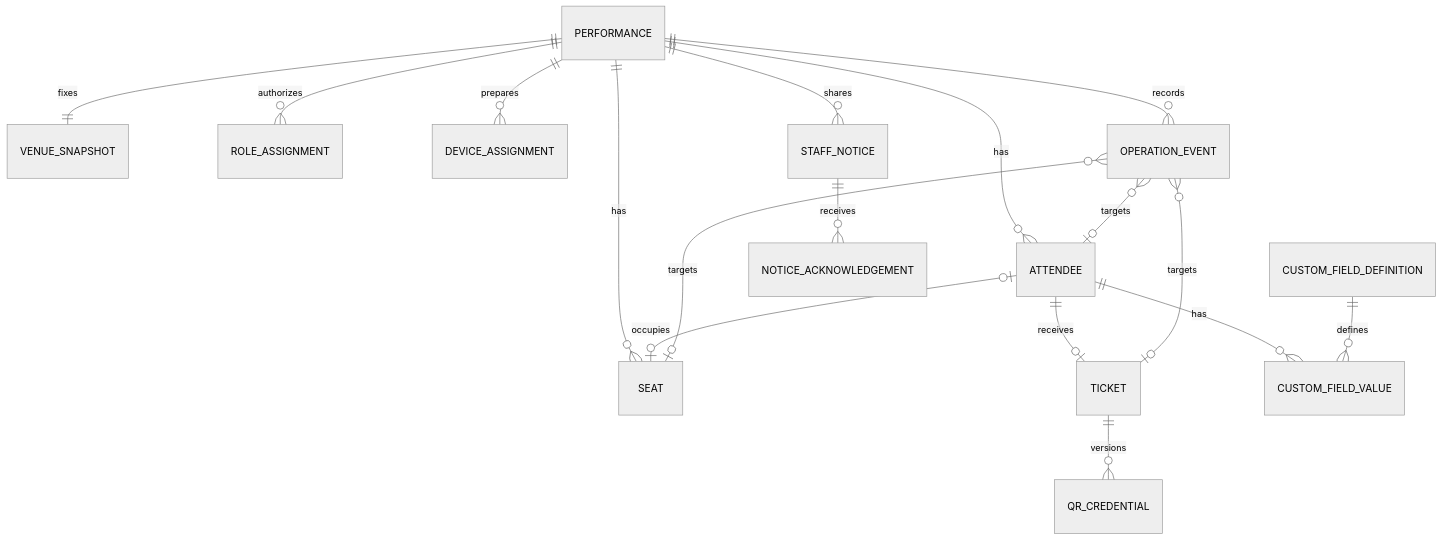
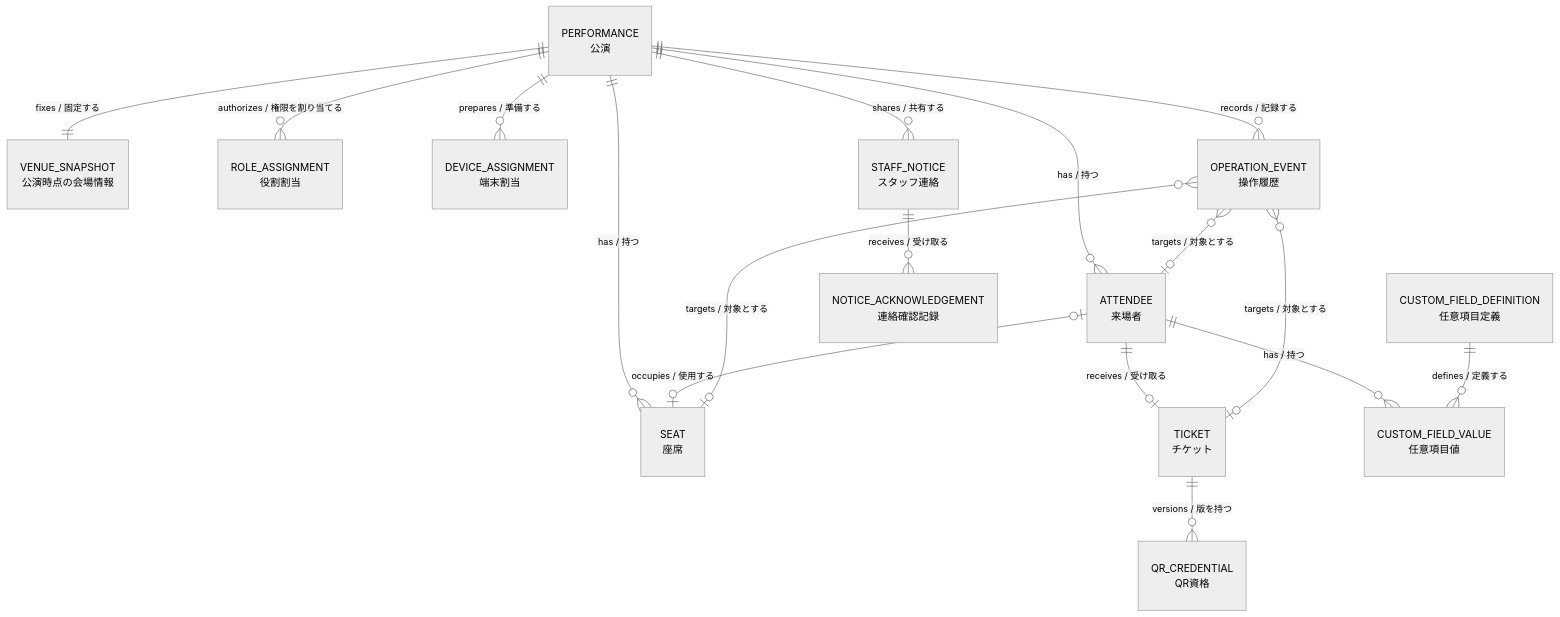
One commit to EU0207/concert-reception-system changed the first of 4 diagrams in docs/development/logical-data-model.md. Above: the diagram before and after it, drawn with Mermaid (neutral theme). The commit also changed other lines of this file, not shown here.

Commit message:
docs: localize relationship diagram labels

````diff
--- a/docs/development/logical-data-model.md
+++ b/docs/development/logical-data-model.md
@@ -70,19 +70,33 @@
 ```mermaid
 erDiagram
-    PERFORMANCE ||--|| VENUE_SNAPSHOT : fixes
-    PERFORMANCE ||--o{ SEAT : has
-    PERFORMANCE ||--o{ ATTENDEE : has
-    PERFORMANCE ||--o{ ROLE_ASSIGNMENT : authorizes
-    PERFORMANCE ||--o{ DEVICE_ASSIGNMENT : prepares
-    PERFORMANCE ||--o{ OPERATION_EVENT : records
-    PERFORMANCE ||--o{ STAFF_NOTICE : shares
-    ATTENDEE ||--o| TICKET : receives
-    ATTENDEE o|--o| SEAT : occupies
-    ATTENDEE ||--o{ CUSTOM_FIELD_VALUE : has
-    CUSTOM_FIELD_DEFINITION ||--o{ CUSTOM_FIELD_VALUE : defines
-    TICKET ||--o{ QR_CREDENTIAL : versions
-    OPERATION_EVENT }o--o| ATTENDEE : targets
-    OPERATION_EVENT }o--o| TICKET : targets
-    OPERATION_EVENT }o--o| SEAT : targets
-    STAFF_NOTICE ||--o{ NOTICE_ACKNOWLEDGEMENT : receives
+    PERFORMANCE["PERFORMANCE<br/>公演"]
+    VENUE_SNAPSHOT["VENUE_SNAPSHOT<br/>公演時点の会場情報"]
+    SEAT["SEAT<br/>座席"]
+    ATTENDEE["ATTENDEE<br/>来場者"]
+    ROLE_ASSIGNMENT["ROLE_ASSIGNMENT<br/>役割割当"]
+    DEVICE_ASSIGNMENT["DEVICE_ASSIGNMENT<br/>端末割当"]
+    OPERATION_EVENT["OPERATION_EVENT<br/>操作履歴"]
+    STAFF_NOTICE["STAFF_NOTICE<br/>スタッフ連絡"]
+    TICKET["TICKET<br/>チケット"]
+    CUSTOM_FIELD_VALUE["CUSTOM_FIELD_VALUE<br/>任意項目値"]
+    CUSTOM_FIELD_DEFINITION["CUSTOM_FIELD_DEFINITION<br/>任意項目定義"]
+    QR_CREDENTIAL["QR_CREDENTIAL<br/>QR資格"]
+    NOTICE_ACKNOWLEDGEMENT["NOTICE_ACKNOWLEDGEMENT<br/>連絡確認記録"]
+
+    PERFORMANCE ||--|| VENUE_SNAPSHOT : "fixes / 固定する"
+    PERFORMANCE ||--o{ SEAT : "has / 持つ"
+    PERFORMANCE ||--o{ ATTENDEE : "has / 持つ"
+    PERFORMANCE ||--o{ ROLE_ASSIGNMENT : "authorizes / 権限を割り当てる"
+    PERFORMANCE ||--o{ DEVICE_ASSIGNMENT : "prepares / 準備する"
+    PERFORMANCE ||--o{ OPERATION_EVENT : "records / 記録する"
+    PERFORMANCE ||--o{ STAFF_NOTICE : "shares / 共有する"
+    ATTENDEE ||--o| TICKET : "receives / 受け取る"
+    ATTENDEE o|--o| SEAT : "occupies / 使用する"
+    ATTENDEE ||--o{ CUSTOM_FIELD_VALUE : "has / 持つ"
+    CUSTOM_FIELD_DEFINITION ||--o{ CUSTOM_FIELD_VALUE : "defines / 定義する"
+    TICKET ||--o{ QR_CREDENTIAL : "versions / 版を持つ"
+    OPERATION_EVENT }o--o| ATTENDEE : "targets / 対象とする"
+    OPERATION_EVENT }o--o| TICKET : "targets / 対象とする"
+    OPERATION_EVENT }o--o| SEAT : "targets / 対象とする"
+    STAFF_NOTICE ||--o{ NOTICE_ACKNOWLEDGEMENT : "receives / 受け取る"
 ```
````
